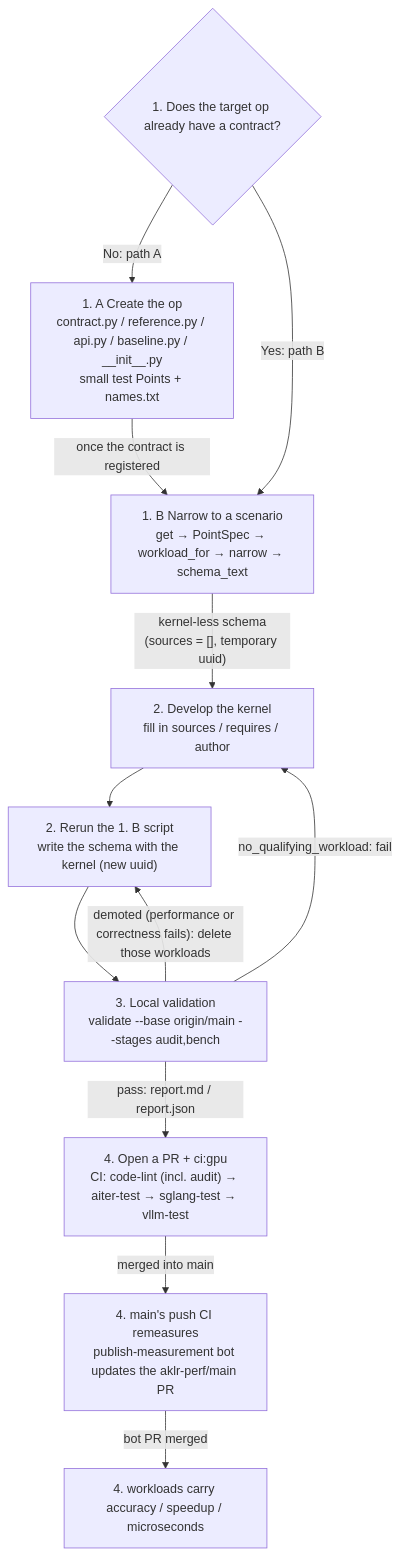
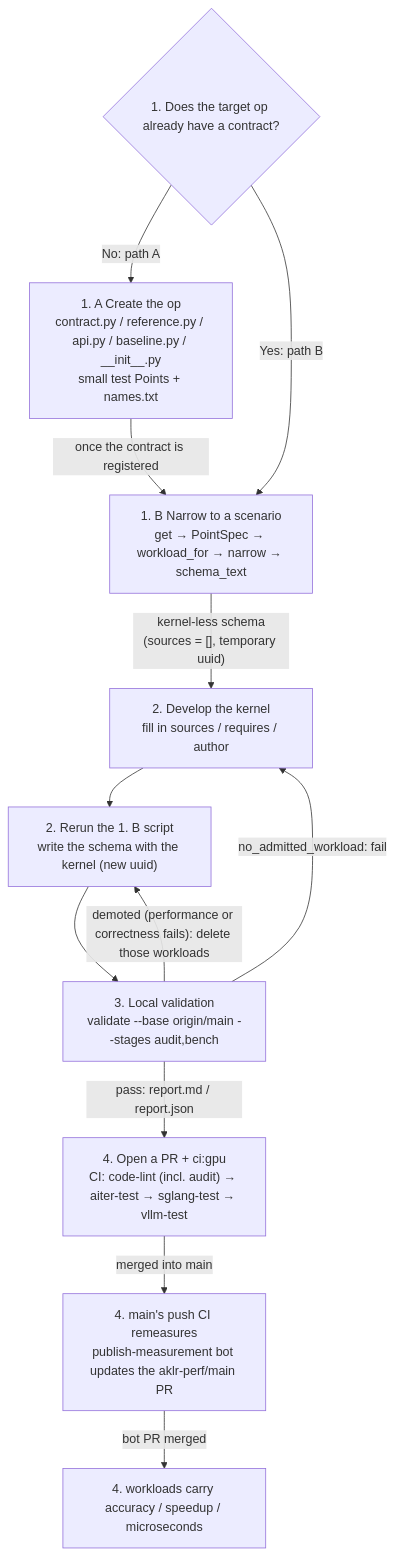
One commit to AMD-AGI/AKLR changed the diagram in docs/ops_tutorial.md. Above: the diagram before and after it, drawn with Mermaid. The commit also changed other lines of this file and 20 other files, not shown here.

````diff
--- a/docs/ops_tutorial.md
+++ b/docs/ops_tutorial.md
@@ -13,14 +13,14 @@
 ```mermaid
 flowchart TD
     S{"1. Does the target op already have a contract?"} -->|"No: path A"| A["1. A Create the op<br/>contract.py / reference.py / api.py / baseline.py / __init__.py<br/>small test Points + names.txt"]
     S -->|"Yes: path B"| B["1. B Narrow to a scenario<br/>get → PointSpec → workload_for → narrow → schema_text"]
     A -->|"once the contract is registered"| B
     B -->|"kernel-less schema<br/>(sources = [], temporary uuid)"| D["2. Develop the kernel<br/>fill in sources / requires / author"]
     D --> R["2. Rerun the 1. B script<br/>write the schema with the kernel (new uuid)"]
     R --> V["3. Local validation<br/>validate --base origin/main --stages audit,bench"]
-    V -->|"no_qualifying_workload: fail"| D
+    V -->|"no_admitted_workload: fail"| D
     V -->|"demoted (performance or correctness fails): delete those workloads"| R
     V -->|"pass: report.md / report.json"| P["4. Open a PR + ci:gpu<br/>CI: code-lint (incl. audit) → aiter-test → sglang-test → vllm-test"]
     P -->|"merged into main"| M["4. main's push CI remeasures<br/>publish-measurement bot updates the aklr-perf/main PR"]
     M -->|"bot PR merged"| N["4. workloads carry accuracy / speedup / microseconds"]
 ```
````
